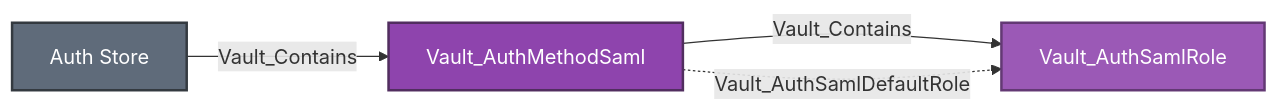
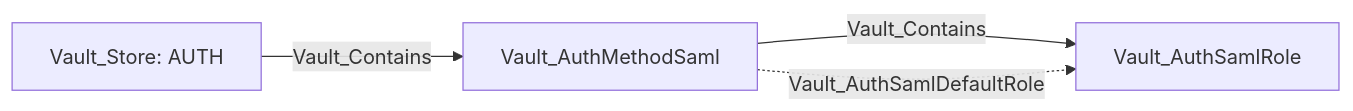
Diagram 20 of 28 in Documentation/stores/AUTH.md (bytewreck/opengraph-vault), drawn with Mermaid before and after one commit. The commit also changed other lines of this file, not shown here.

````diff
--- a/Documentation/stores/AUTH.md
+++ b/Documentation/stores/AUTH.md
@@ -1202,10 +1189,6 @@
 ```mermaid
 flowchart LR
-    store[Auth Store]:::storeNode -->|Vault_Contains| method[Vault_AuthMethodSaml]:::authMethodNode
-    method -->|Vault_Contains| role[Vault_AuthSamlRole]:::authRoleNode
+    store[Vault_Store: AUTH] -->|Vault_Contains| method[Vault_AuthMethodSaml]
+    method -->|Vault_Contains| role[Vault_AuthSamlRole]
     method -.->|Vault_AuthSamlDefaultRole| role
-
-    classDef storeNode fill:#5F6B7A,color:#fff,stroke:#343A40,stroke-width:2px
-    classDef authMethodNode fill:#8E44AD,color:#fff,stroke:#512E5F,stroke-width:2px
-    classDef authRoleNode fill:#9B59B6,color:#fff,stroke:#633974,stroke-width:2px
 ```
````
